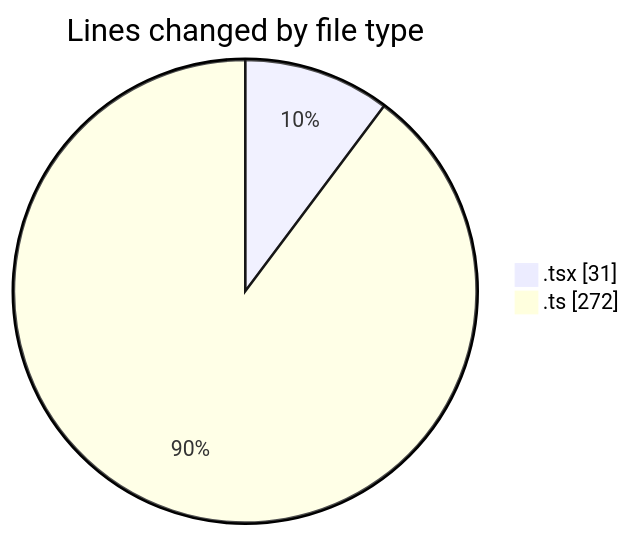
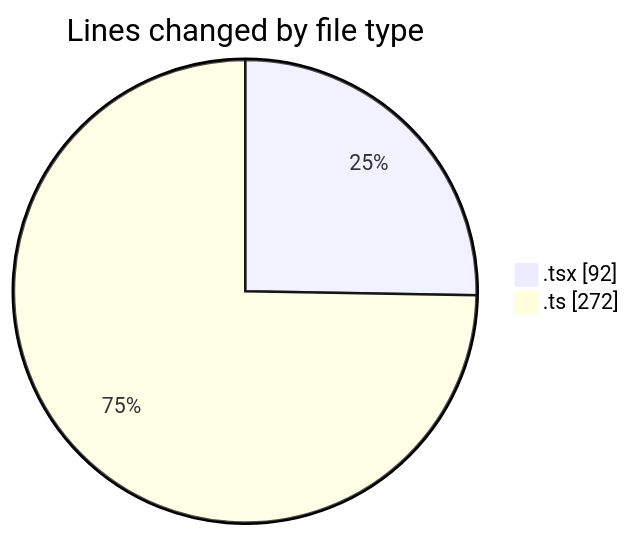
Before and after one commit to robertbonfada/code-tracking: the first of 2 diagrams in 2025-03-17/audiobooks-web/README.md, drawn with Mermaid. The commit also changed other lines of this file and 1 other file, not shown here.

````diff
--- a/2025-03-17/audiobooks-web/README.md
+++ b/2025-03-17/audiobooks-web/README.md
@@ -22,6 +23,6 @@
 ```mermaid
 pie showData
 title Lines changed by file type
-".tsx" : 31
+".tsx" : 92
 ".ts" : 272
 ```
````
